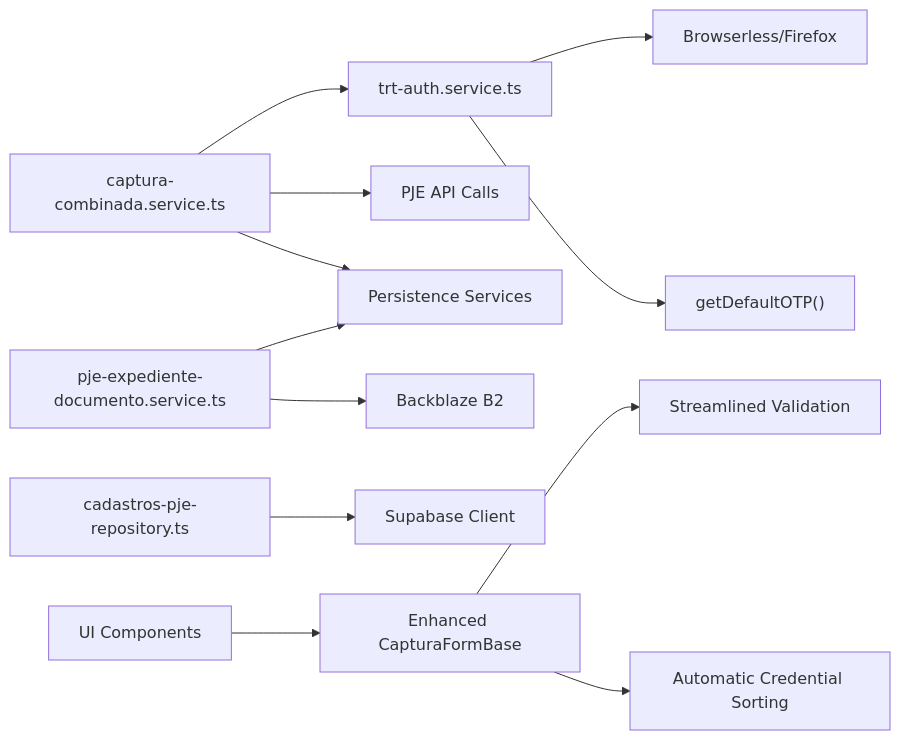
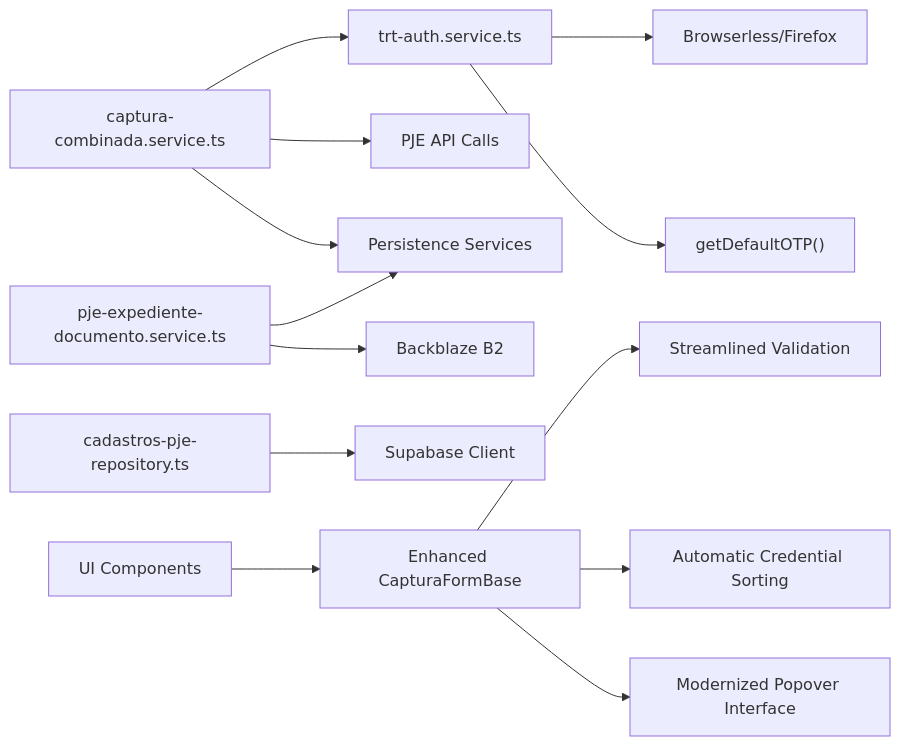
Before and after one commit to SinesysTech/zattar-os: diagram 14 of 14 in .qoder/repowiki/en/content/Legal Process Management System/Automated Data Capture from PJE-TRT Systems/Automated Data Capture from PJE-TRT Systems.md, drawn with Mermaid. The commit also changed other lines of this file and 3 other files, not shown here.

````diff
--- a/.qoder/repowiki/en/content/Legal Process Management System/Automated Data Capture from PJE-TRT Systems/Automated Data Capture from PJE-TRT Systems.md
+++ b/.qoder/repowiki/en/content/Legal Process Management System/Automated Data Capture from PJE-TRT Systems/Automated Data Capture from PJE-TRT Systems.md
@@ -471,14 +563,15 @@
 ```mermaid
 graph LR
 AUTH["trt-auth.service.ts"] --> BROWSER["Browserless/Firefox"]
 AUTH --> OTP["getDefaultOTP()"]
 COMB["captura-combinada.service.ts"] --> AUTH
 COMB --> PJE_API["PJE API Calls"]
 COMB --> PERSIST["Persistence Services"]
 DOC["pje-expediente-documento.service.ts"] --> STORAGE["Backblaze B2"]
 DOC --> PERSIST
 CAD["cadastros-pje-repository.ts"] --> SUPABASE["Supabase Client"]
 UI["UI Components"] --> FORMBASE["Enhanced CapturaFormBase"]
 FORMBASE --> VALIDATION["Streamlined Validation"]
 FORMBASE --> SORTING["Automatic Credential Sorting"]
+FORMBASE --> POPOVER["Modernized Popover Interface"]
 ```
````
